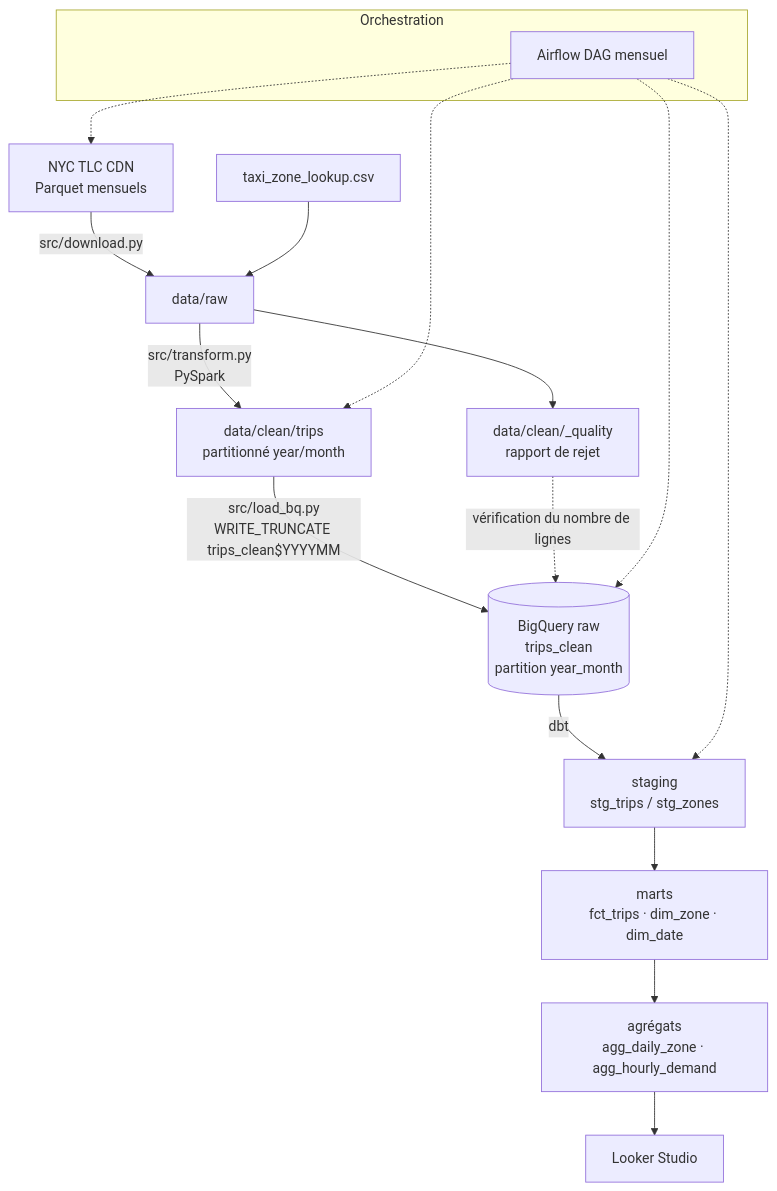
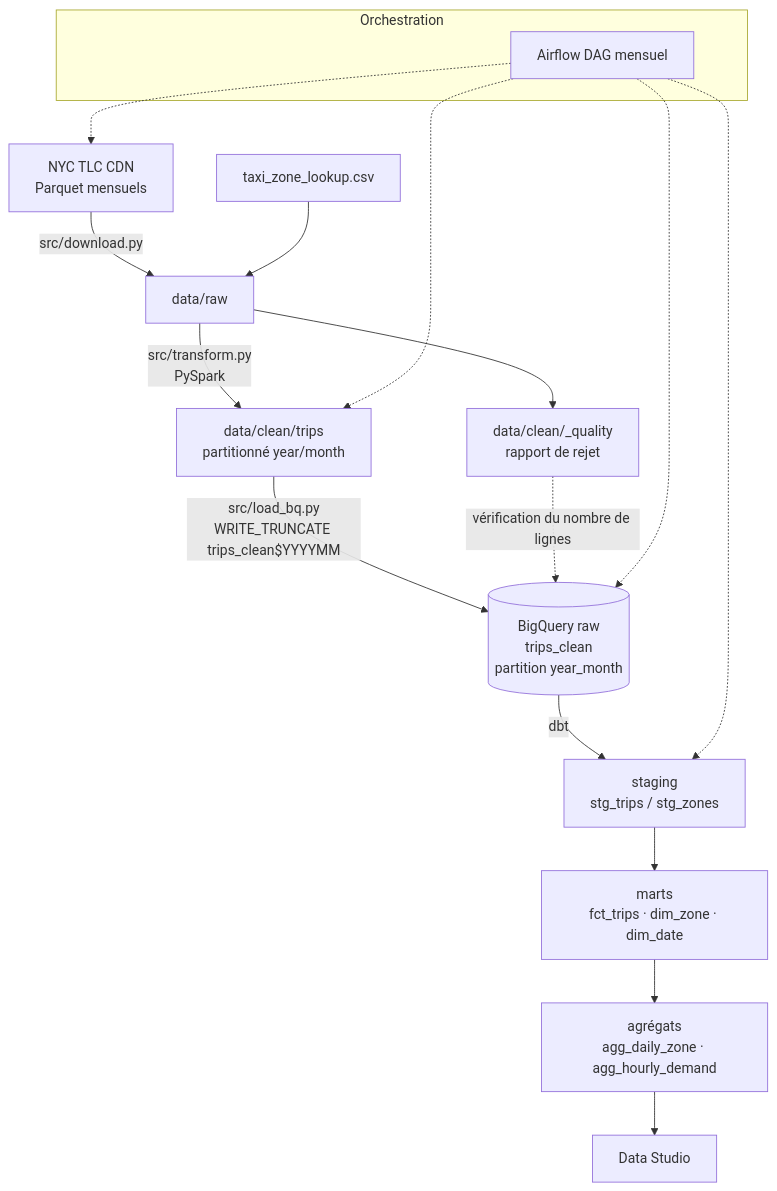
The first of 2 diagrams in docs/ARCHITECTURE.md (younesbou1608/nyc-taxi-pipeline), drawn with Mermaid before and after one commit. The commit also changed 3 other files, not shown here.

Commit message:
docs: dashboard Data Studio + enseignements

````diff
--- a/docs/ARCHITECTURE.md
+++ b/docs/ARCHITECTURE.md
@@ -5,21 +5,21 @@
 ```mermaid
 flowchart TD
     A[NYC TLC CDN<br/>Parquet mensuels] -->|src/download.py| B[data/raw]
     Z[taxi_zone_lookup.csv] --> B
     B -->|src/transform.py<br/>PySpark| C[data/clean/trips<br/>partitionné year/month]
     B --> Q[data/clean/_quality<br/>rapport de rejet]
     C -->|src/load_bq.py<br/>WRITE_TRUNCATE trips_clean$YYYYMM| D[(BigQuery raw<br/>trips_clean<br/>partition year_month)]
     Q -.->|vérification du nombre de lignes| D
     D -->|dbt| E[staging<br/>stg_trips / stg_zones]
     E --> F[marts<br/>fct_trips · dim_zone · dim_date]
     F --> G[agrégats<br/>agg_daily_zone · agg_hourly_demand]
-    G --> H[Looker Studio]
+    G --> H[Data Studio]
 
     subgraph Orchestration
       I[Airflow DAG mensuel]
     end
     I -.-> A
     I -.-> C
     I -.-> D
     I -.-> E
 ```
````
